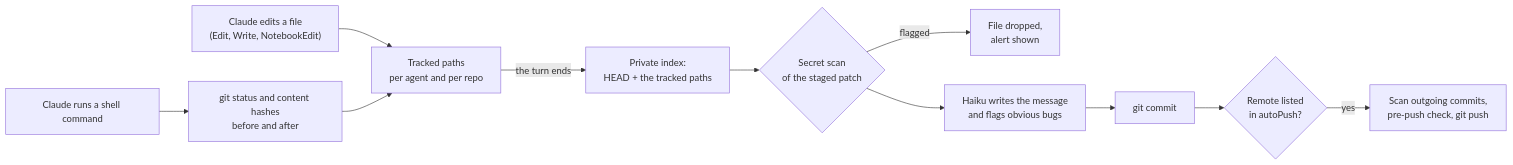
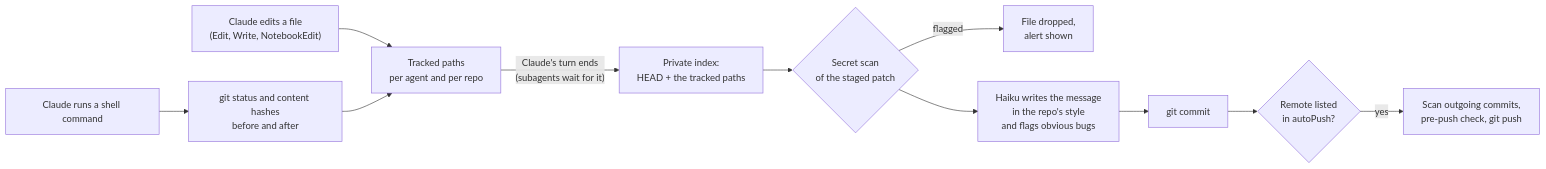
One commit to Iliesseu28/claude-autocommit changed the diagram in README.md. Above: the diagram before and after it, drawn with Mermaid. The commit also changed other lines of this file and 2 other files, not shown here.

````diff
--- a/README.md
+++ b/README.md
@@ -56,12 +57,12 @@
 ```mermaid
 flowchart LR
   E["Claude edits a file<br/>(Edit, Write, NotebookEdit)"] --> T["Tracked paths<br/>per agent and per repo"]
   B["Claude runs a shell command"] --> S["git status and content hashes<br/>before and after"] --> T
-  T -->|"the turn ends"| I["Private index:<br/>HEAD + the tracked paths"]
+  T -->|"Claude's turn ends<br/>(subagents wait for it)"| I["Private index:<br/>HEAD + the tracked paths"]
   I --> X{"Secret scan<br/>of the staged patch"}
   X -->|"flagged"| A["File dropped,<br/>alert shown"]
-  X --> M["Haiku writes the message<br/>and flags obvious bugs"]
+  X --> M["Haiku writes the message<br/>in the repo's style<br/>and flags obvious bugs"]
   M --> C["git commit"]
   C --> P{"Remote listed<br/>in autoPush?"}
   P -->|"yes"| Q["Scan outgoing commits,<br/>pre-push check, git push"]
 ```
````
